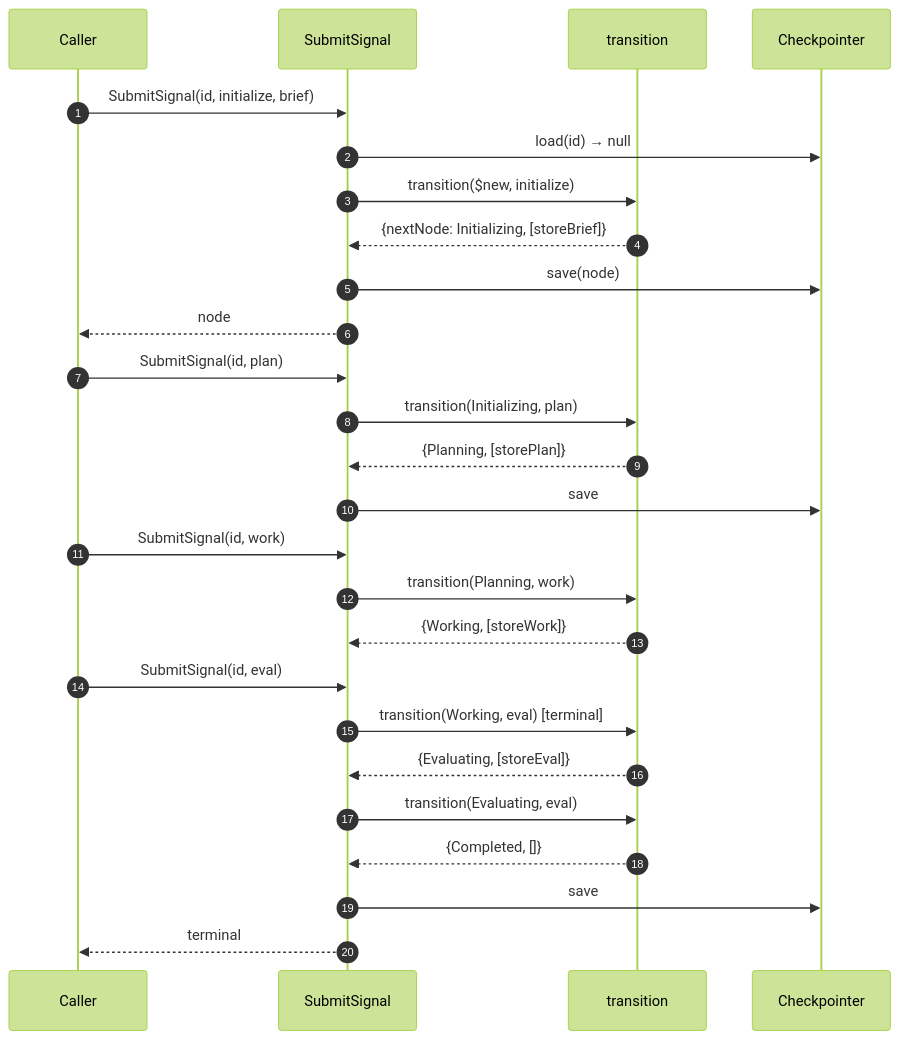
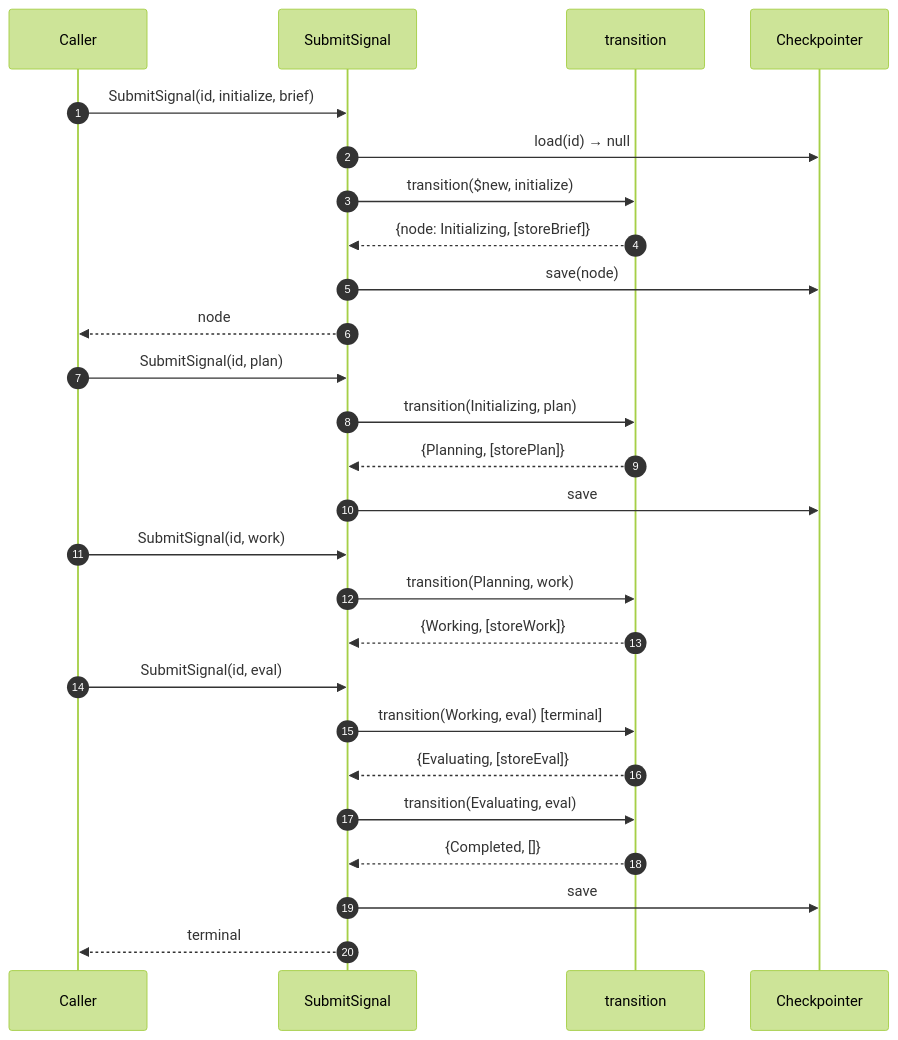
The first of 2 diagrams in architecture.md (foreman-lab/handbook), drawn with Mermaid (forest theme) before and after one commit. The commit also changed other lines of this file, not shown here.

First line of the commit message:
docs: lock naming — transition returns {node, effects}

````diff
--- a/architecture.md
+++ b/architecture.md
@@ -301,32 +301,32 @@
 ```mermaid
 sequenceDiagram
     autonumber
     participant C as Caller
     participant UC as SubmitSignal
     participant Dom as transition
     participant CP as Checkpointer
 
     C->>UC: SubmitSignal(id, initialize, brief)
     UC->>CP: load(id) → null
     UC->>Dom: transition($new, initialize)
-    Dom-->>UC: {nextNode: Initializing, [storeBrief]}
+    Dom-->>UC: {node: Initializing, [storeBrief]}
     UC->>CP: save(node)
     UC-->>C: node
 
     C->>UC: SubmitSignal(id, plan)
     UC->>Dom: transition(Initializing, plan)
     Dom-->>UC: {Planning, [storePlan]}
     UC->>CP: save
 
     C->>UC: SubmitSignal(id, work)
     UC->>Dom: transition(Planning, work)
     Dom-->>UC: {Working, [storeWork]}
 
     C->>UC: SubmitSignal(id, eval)
     UC->>Dom: transition(Working, eval) [terminal]
     Dom-->>UC: {Evaluating, [storeEval]}
     UC->>Dom: transition(Evaluating, eval)
     Dom-->>UC: {Completed, []}
     UC->>CP: save
     UC-->>C: terminal
 ```
````
